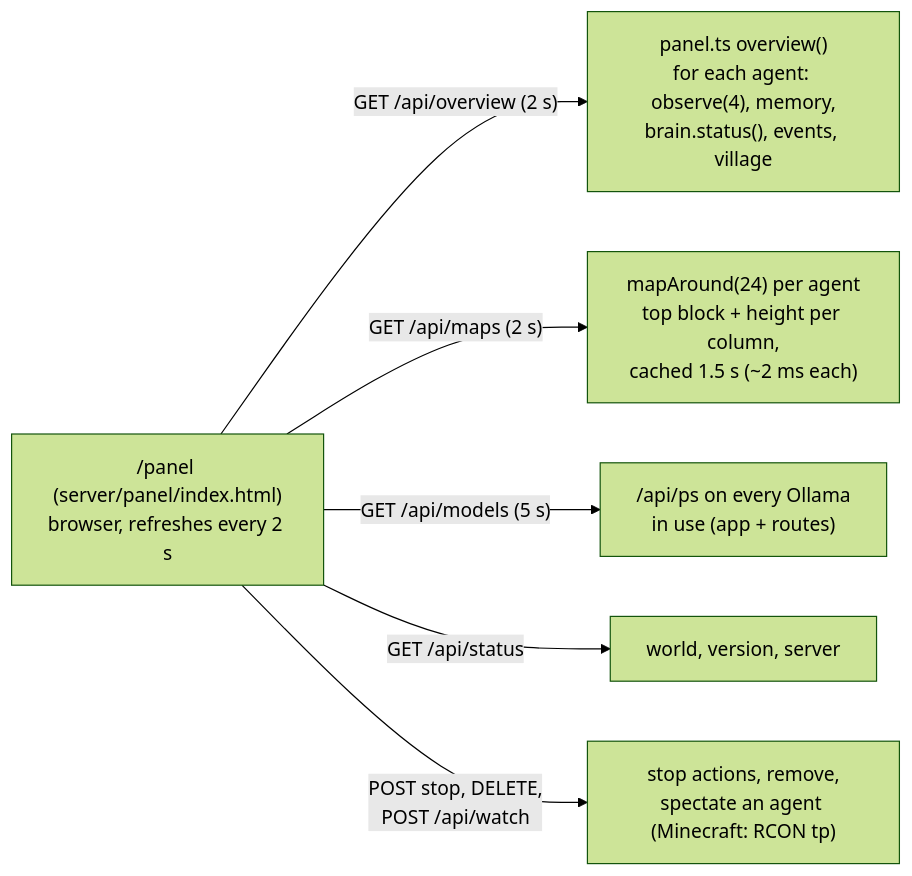
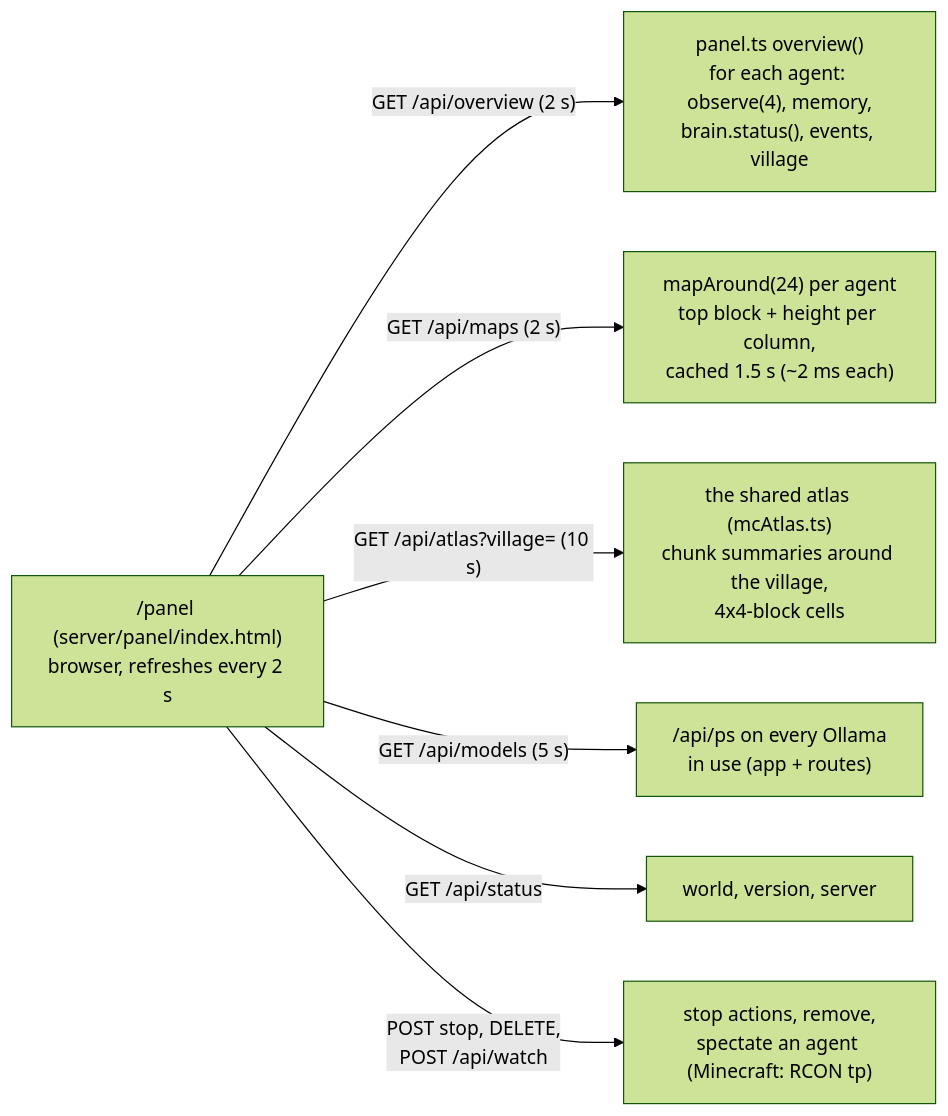
One commit to delphium226/MCAISandbox changed the tenth of 12 diagrams in docs/ARCHITECTURE.md. Above: the diagram before and after it, drawn with Mermaid (forest theme). The commit also changed other lines of this file and 11 other files, not shown here.

First line of the commit message:
Shared atlas: chunk summaries from every bot, village map on the panel (plan step 2.1)

````diff
--- a/docs/ARCHITECTURE.md
+++ b/docs/ARCHITECTURE.md
@@ -421,9 +421,10 @@
 ```mermaid
 flowchart LR
   page["/panel (server/panel/index.html)<br/>browser, refreshes every 2 s"]
   page -- "GET /api/overview (2 s)" --> overview["panel.ts overview()<br/>for each agent: observe(4), memory,<br/>brain.status(), events, village"]
   page -- "GET /api/maps (2 s)" --> maps["mapAround(24) per agent<br/>top block + height per column,<br/>cached 1.5 s (~2 ms each)"]
+  page -- "GET /api/atlas?village= (10 s)" --> atlas["the shared atlas (mcAtlas.ts)<br/>chunk summaries around the village,<br/>4x4-block cells"]
   page -- "GET /api/models (5 s)" --> models["/api/ps on every Ollama<br/>in use (app + routes)"]
   page -- "GET /api/status" --> status["world, version, server"]
   page -- "POST stop, DELETE,<br/>POST /api/watch" --> actions["stop actions, remove,<br/>spectate an agent (Minecraft: RCON tp)"]
 ```
````
